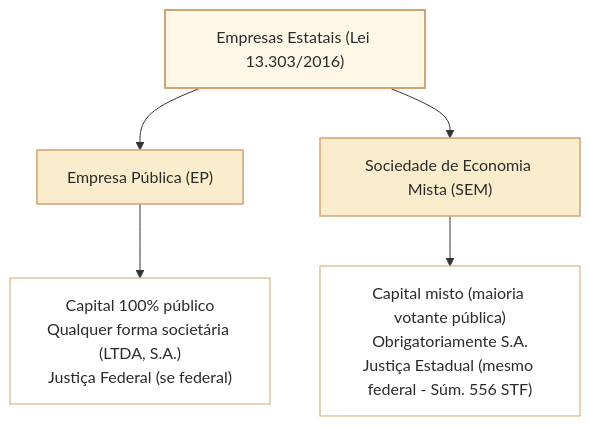
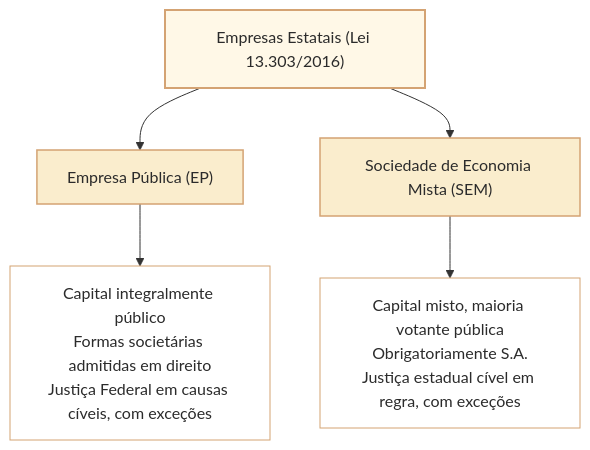
Before and after one commit to leorruas/concursos: the second of 2 diagrams in 3 - Materias/Direito Administrativo/02 - organizacao administrativa.md, drawn with Mermaid.

Commit message:
docs(administrativo): distinguir competência cível e exceções no diagrama do DAD02

````diff
--- a/3 - Materias/Direito Administrativo/02 - organizacao administrativa.md
+++ b/3 - Materias/Direito Administrativo/02 - organizacao administrativa.md
@@ -72,12 +72,12 @@
 ```mermaid
 graph TD
     classDef raiz fill:#fff8e7,stroke:#d4a373,stroke-width:2px,color:#2b2b2b;
     classDef criterio fill:#faedcd,stroke:#d4a373,stroke-width:1.5px,color:#2b2b2b;
     classDef opcao fill:#ffffff,stroke:#d4a373,stroke-width:1px,color:#2b2b2b;
 
     R["Empresas Estatais (Lei 13.303/2016)"]:::raiz --> C1["Empresa Pública (EP)"]:::criterio
     R --> C2["Sociedade de Economia Mista (SEM)"]:::criterio
 
-    C1 --> O1["Capital 100% público<br/>Qualquer forma societária (LTDA, S.A.)<br/>Justiça Federal (se federal)"]:::opcao
-    C2 --> O2["Capital misto (maioria votante pública)<br/>Obrigatoriamente S.A.<br/>Justiça Estadual (mesmo federal - Súm. 556 STF)"]:::opcao
+    C1 --> O1["Capital integralmente público<br/>Formas societárias admitidas em direito<br/>Justiça Federal em causas cíveis, com exceções"]:::opcao
+    C2 --> O2["Capital misto, maioria votante pública<br/>Obrigatoriamente S.A.<br/>Justiça estadual cível em regra, com exceções"]:::opcao
 ```
````
